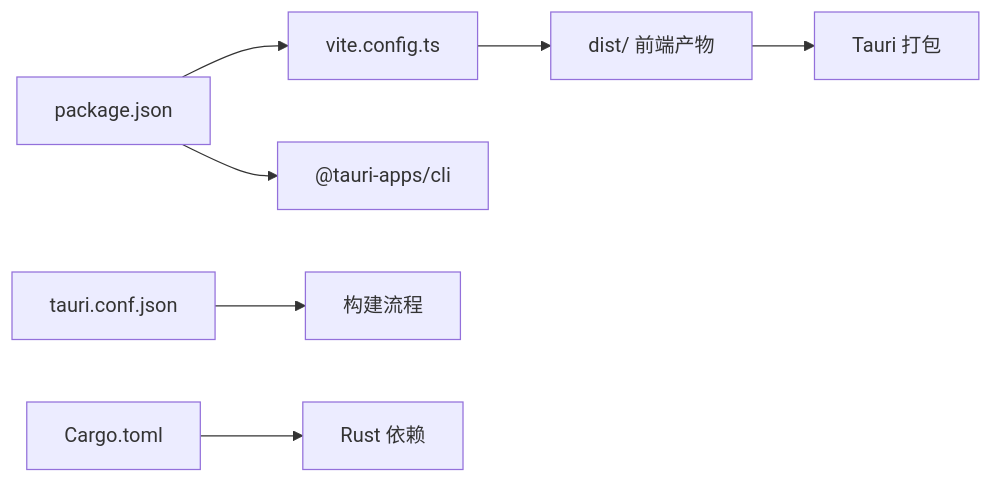
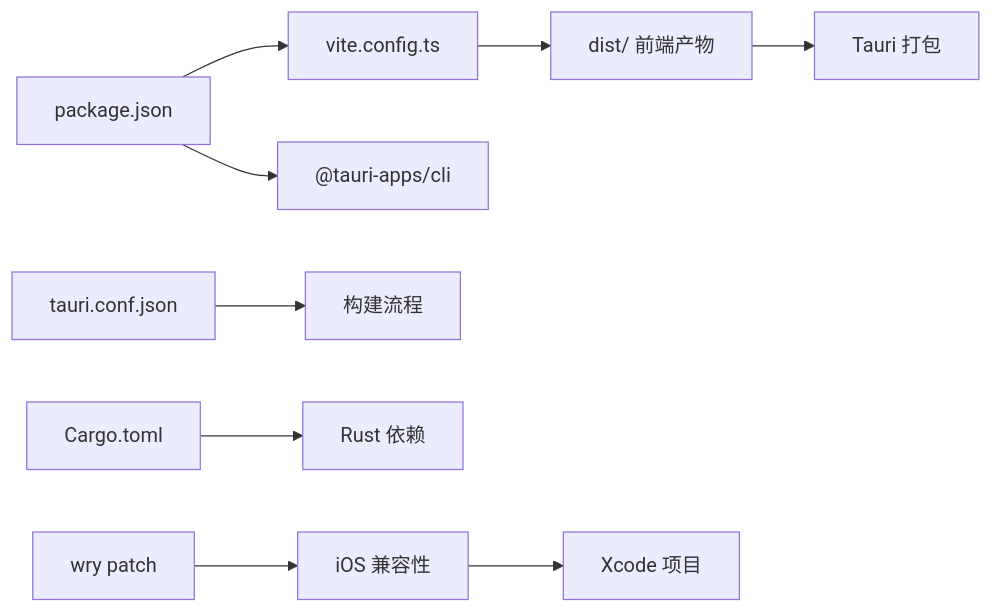
The fifth of 5 diagrams in .qoder/repowiki/zh/content/开发指南.md (jiashaoying/hq-kanban-app), drawn with Mermaid before and after one commit. The commit also changed other lines of this file and 17 other files, not shown here.

First line of the commit message:
feat: 指数详情页功能（分时线/K线图表）

````diff
--- a/.qoder/repowiki/zh/content/开发指南.md
+++ b/.qoder/repowiki/zh/content/开发指南.md
@@ -201,9 +221,11 @@
 ```mermaid
 graph LR
 Pkg["package.json"] --> Vite["vite.config.ts"]
 Pkg --> TauriCLI["@tauri-apps/cli"]
 TauriConf["tauri.conf.json"] --> Build["构建流程"]
 Cargo["Cargo.toml"] --> RustDeps["Rust 依赖"]
+WryPatch["wry patch"] --> IOS["iOS 兼容性"]
 Vite --> Dist["dist/ 前端产物"]
 Dist --> Bundle["Tauri 打包"]
+IOS --> Xcode["Xcode 项目"]
 ```
````
